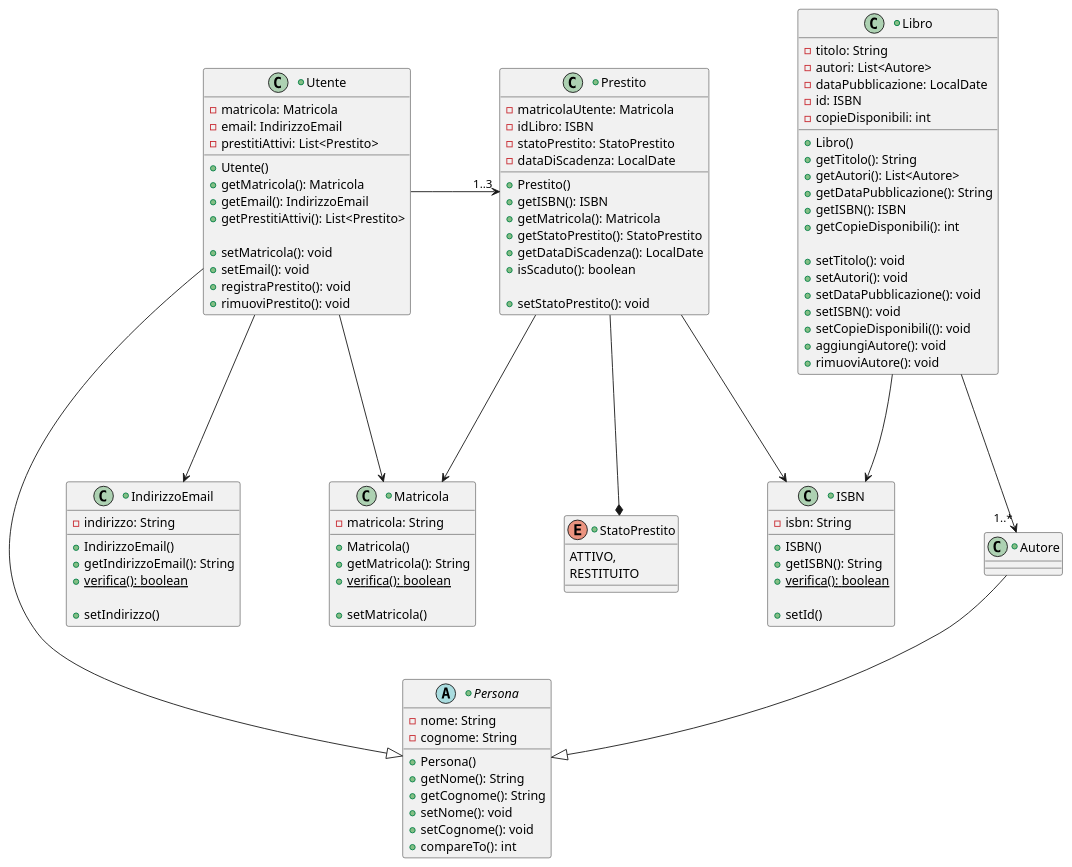
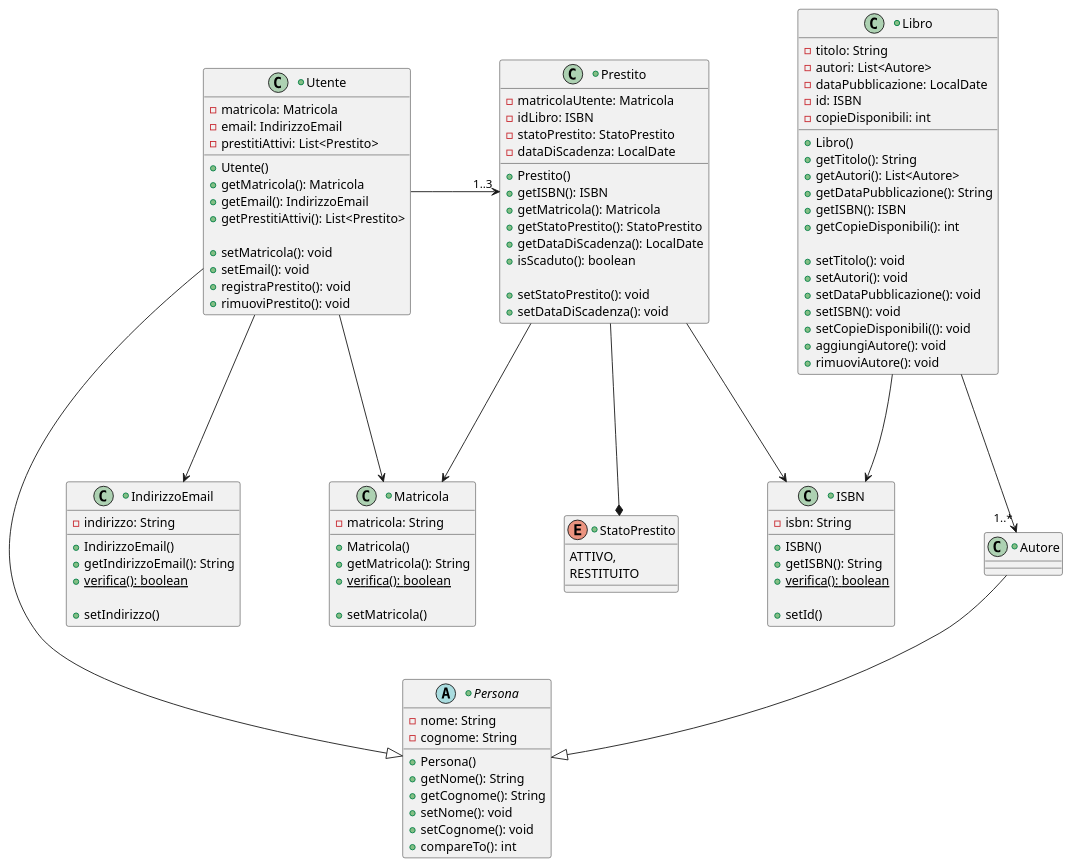
Before and after one commit to Meziu/easylibrary: the diagram in docs/uml/classesDati.puml, drawn with PlantUML.

Commit message:
setData in prestito

```diff
--- a/docs/uml/classesDati.puml
+++ b/docs/uml/classesDati.puml
@@ -1,126 +1,127 @@
 @startuml
 'skinparam classAttributeIconSize 0
 skinparam nodesep 100
 
 +abstract class Persona{
     -nome: String
     -cognome: String
 
     +Persona()
     +getNome(): String
     +getCognome(): String
     +setNome(): void
     +setCognome(): void
     +compareTo(): int
 }
 
 together {
     +class Utente {
         -matricola: Matricola
         -email: IndirizzoEmail
         -prestitiAttivi: List<Prestito>
 
         +Utente()
         +getMatricola(): Matricola
         +getEmail(): IndirizzoEmail
         +getPrestitiAttivi(): List<Prestito>
 
         +setMatricola(): void
         +setEmail(): void
         +registraPrestito(): void
         +rimuoviPrestito(): void
     }
 
     +class Libro{
         -titolo: String
         -autori: List<Autore>
         -dataPubblicazione: LocalDate
         -id: ISBN
         -copieDisponibili: int
 
         +Libro()
         +getTitolo(): String
         +getAutori(): List<Autore>
         +getDataPubblicazione(): String
         +getISBN(): ISBN
         +getCopieDisponibili(): int
 
         +setTitolo(): void
         +setAutori(): void
         +setDataPubblicazione(): void
         +setISBN(): void
         +setCopieDisponibili((): void
         +aggiungiAutore(): void
         +rimuoviAutore(): void
     }
 
     +class Prestito{
         -matricolaUtente: Matricola
         -idLibro: ISBN
         -statoPrestito: StatoPrestito
         -dataDiScadenza: LocalDate
 
         +Prestito()
         +getISBN(): ISBN
         +getMatricola(): Matricola
         +getStatoPrestito(): StatoPrestito
         +getDataDiScadenza(): LocalDate
         +isScaduto(): boolean
 
         +setStatoPrestito(): void
+        +setDataDiScadenza(): void
     }
 }
 
 together {
     +class Matricola {
         -matricola: String
 
         +Matricola()
         +getMatricola(): String
         +verifica(): boolean {static}
 
         +setMatricola()
     }
 
 
     +class IndirizzoEmail {
         -indirizzo: String
 
         +IndirizzoEmail()
         +getIndirizzoEmail(): String
         +verifica(): boolean {static}
 
         +setIndirizzo()
     }
 
     +class ISBN {
         -isbn: String
 
         +ISBN()
         +getISBN(): String
         +verifica(): boolean {static}
 
         +setId()
     }
 
     +enum StatoPrestito{
         ATTIVO,
         RESTITUITO
     }
 
     +class Autore {
     }
 }
 
 Utente -right-> "1..3" Prestito
 Utente --> Matricola
 Utente ---> IndirizzoEmail
 Libro ---> "1..*" Autore
 Libro --> ISBN
 Prestito --> Matricola
 Prestito --> ISBN
 Prestito --* StatoPrestito
 
 Autore -down-|> Persona
 Utente -down-|> Persona
 @enduml
```
